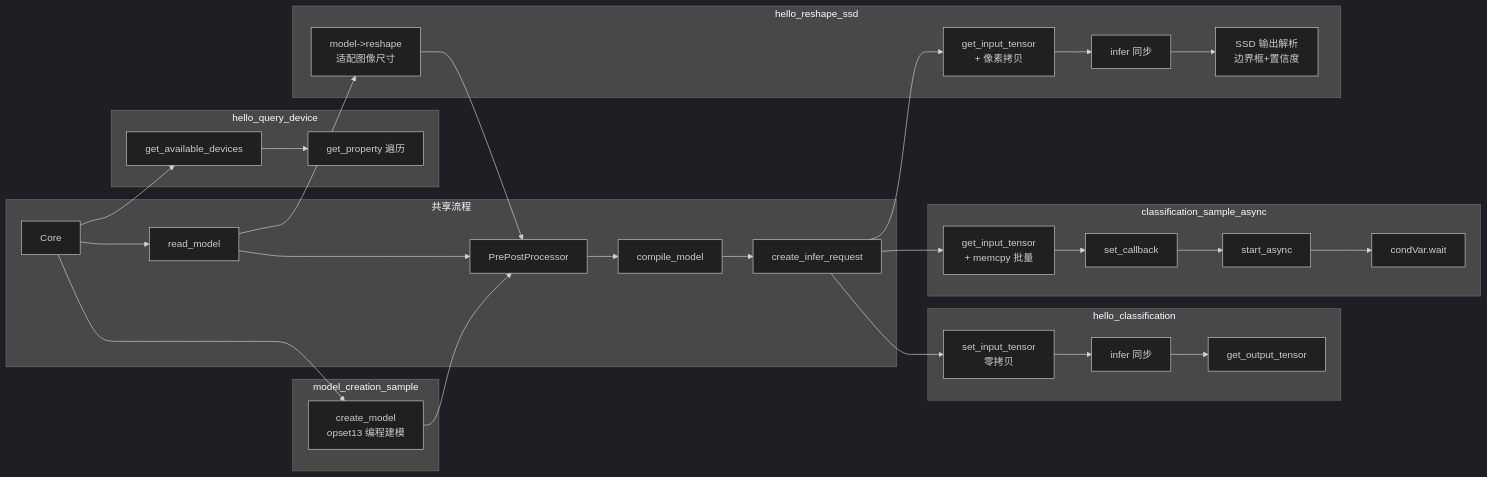
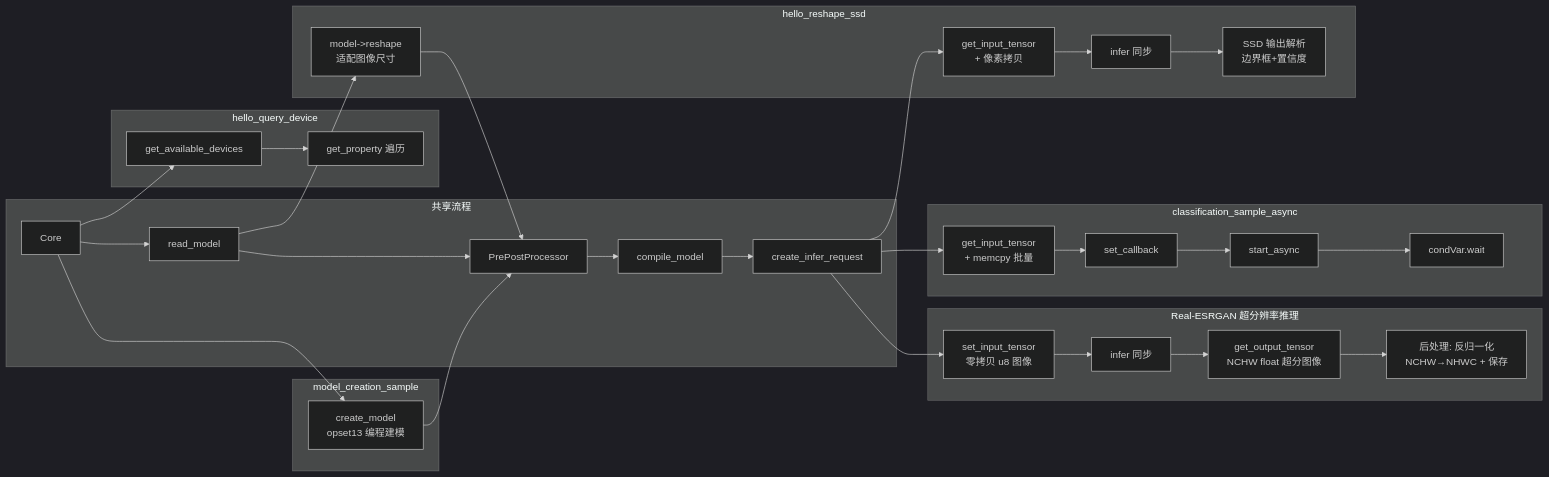
One commit to hongbolv/openvino changed the third of 3 diagrams in research.md. Above: the diagram before and after it, drawn with Mermaid (dark theme). The commit also changed other lines of this file, not shown here.

Commit message:
Replace hello_classification with Real-ESRGAN inference example in research.md

````diff
--- a/research.md
+++ b/research.md
@@ -840,40 +1059,41 @@
 ```mermaid
 graph LR
     subgraph 共享流程
         A[Core] --> B[read_model]
         B --> C[PrePostProcessor]
         C --> D[compile_model]
         D --> E[create_infer_request]
     end
 
-    subgraph hello_classification
-        E --> F1[set_input_tensor<br/>零拷贝]
-        F1 --> G1[infer 同步]
-        G1 --> H1[get_output_tensor]
+    subgraph Real-ESRGAN 超分辨率推理
+        E --> F0[set_input_tensor<br/>零拷贝 u8 图像]
+        F0 --> G0[infer 同步]
+        G0 --> H0[get_output_tensor<br/>NCHW float 超分图像]
+        H0 --> H01[后处理: 反归一化<br/>NCHW→NHWC + 保存]
     end
 
     subgraph classification_sample_async
         E --> F2[get_input_tensor<br/>+ memcpy 批量]
         F2 --> G2[set_callback]
         G2 --> G3[start_async]
         G3 --> H2[condVar.wait]
     end
 
     subgraph hello_reshape_ssd
         B --> B2[model->reshape<br/>适配图像尺寸]
         B2 --> C
         E --> F3[get_input_tensor<br/>+ 像素拷贝]
         F3 --> G4[infer 同步]
         G4 --> H3[SSD 输出解析<br/>边界框+置信度]
     end
 
     subgraph hello_query_device
         A --> Q1[get_available_devices]
         Q1 --> Q2[get_property 遍历]
     end
 
     subgraph model_creation_sample
         A --> M1[create_model<br/>opset13 编程建模]
         M1 --> C
     end
 ```
````
